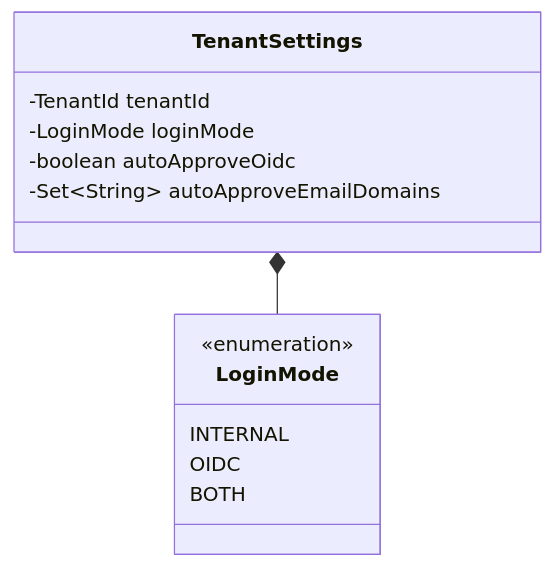
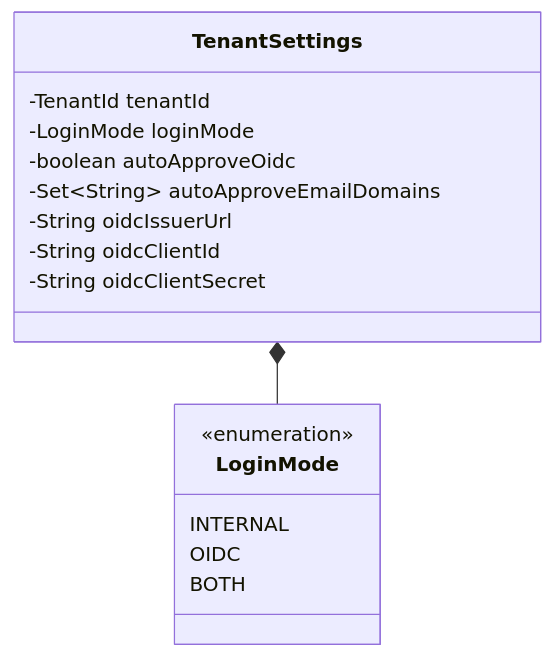
One commit to tomirgang/tomsblog changed the second of 6 diagrams in docs/design/modules/ROOT/pages/user-management/index.adoc. Above: the diagram before and after it, drawn with Mermaid. The commit also changed other lines of this file and 35 other files, not shown here.

```diff
--- a/docs/design/modules/ROOT/pages/user-management/index.adoc
+++ b/docs/design/modules/ROOT/pages/user-management/index.adoc
@@ -133,19 +133,22 @@
 [mermaid]
 ----
 classDiagram
     class TenantSettings {
         -TenantId tenantId
         -LoginMode loginMode
         -boolean autoApproveOidc
         -Set~String~ autoApproveEmailDomains
+        -String oidcIssuerUrl
+        -String oidcClientId
+        -String oidcClientSecret
     }
 
     class LoginMode {
         <<enumeration>>
         INTERNAL
         OIDC
         BOTH
     }
 
     TenantSettings *-- LoginMode
 ----
```
